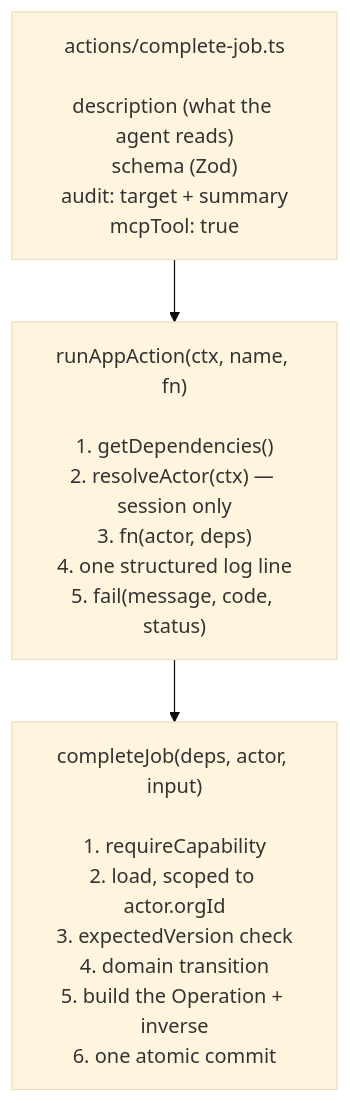
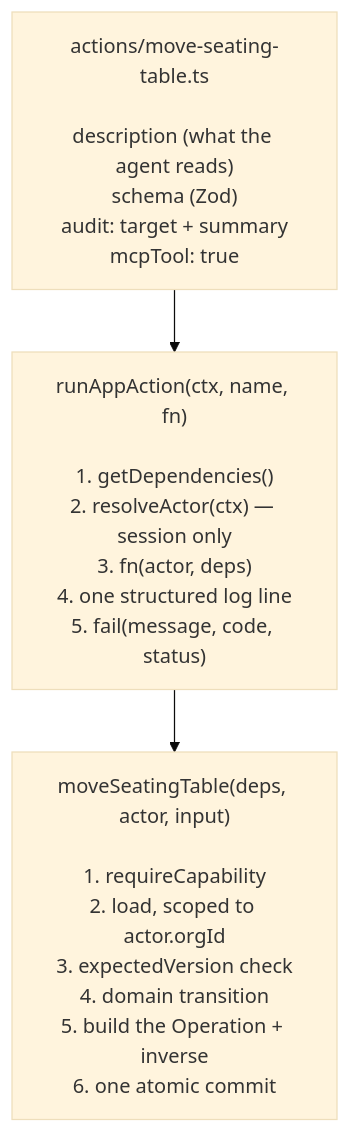
Before and after one commit to anbergem/seating-arrangement: the third of 14 diagrams in ARCHITECTURE.md, drawn with Mermaid (base theme). The commit also changed other lines of this file and 203 other files, not shown here.

````diff
--- a/ARCHITECTURE.md
+++ b/ARCHITECTURE.md
@@ -134,7 +134,7 @@
 ```mermaid
 flowchart TB
-  AF["actions/complete-job.ts<br/><br/>description (what the agent reads)<br/>schema (Zod)<br/>audit: target + summary<br/>mcpTool: true"]
+  AF["actions/move-seating-table.ts<br/><br/>description (what the agent reads)<br/>schema (Zod)<br/>audit: target + summary<br/>mcpTool: true"]
   RA["runAppAction(ctx, name, fn)<br/><br/>1. getDependencies()<br/>2. resolveActor(ctx) — session only<br/>3. fn(actor, deps)<br/>4. one structured log line<br/>5. fail(message, code, status)"]
-  UC["completeJob(deps, actor, input)<br/><br/>1. requireCapability<br/>2. load, scoped to actor.orgId<br/>3. expectedVersion check<br/>4. domain transition<br/>5. build the Operation + inverse<br/>6. one atomic commit"]
+  UC["moveSeatingTable(deps, actor, input)<br/><br/>1. requireCapability<br/>2. load, scoped to actor.orgId<br/>3. expectedVersion check<br/>4. domain transition<br/>5. build the Operation + inverse<br/>6. one atomic commit"]
   AF --> RA --> UC
 ```
````
